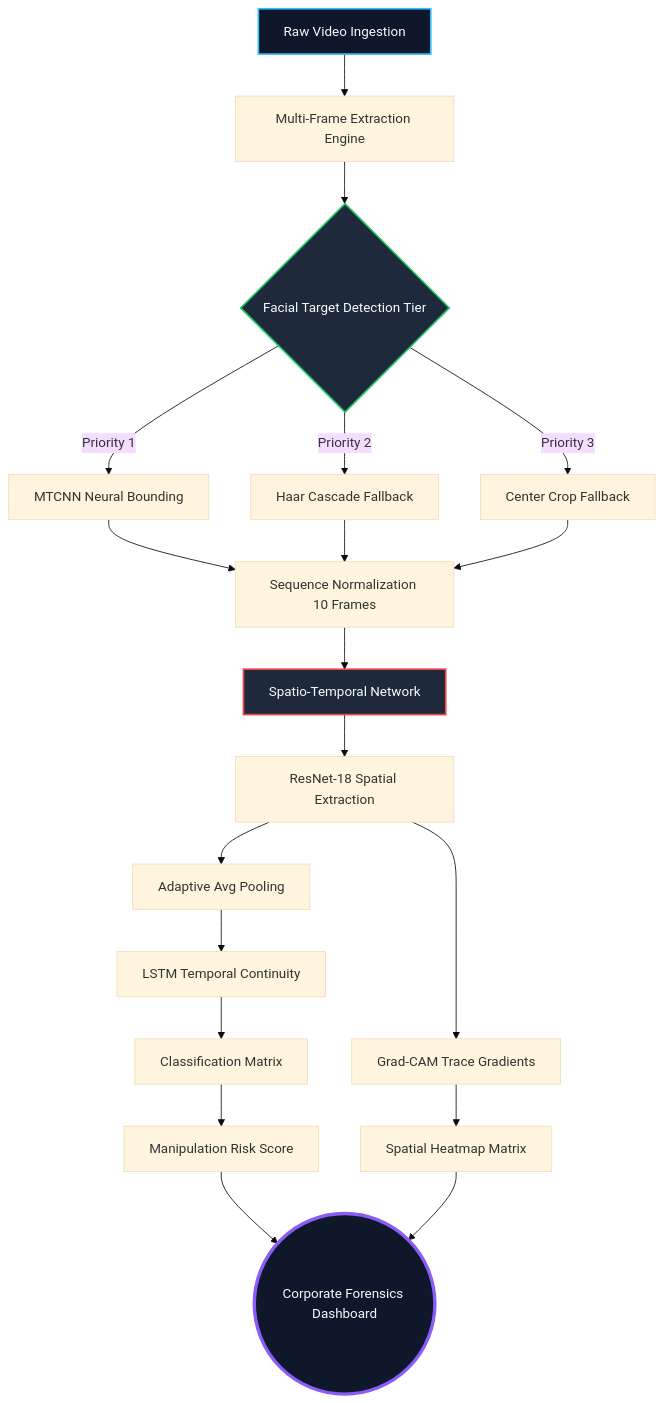
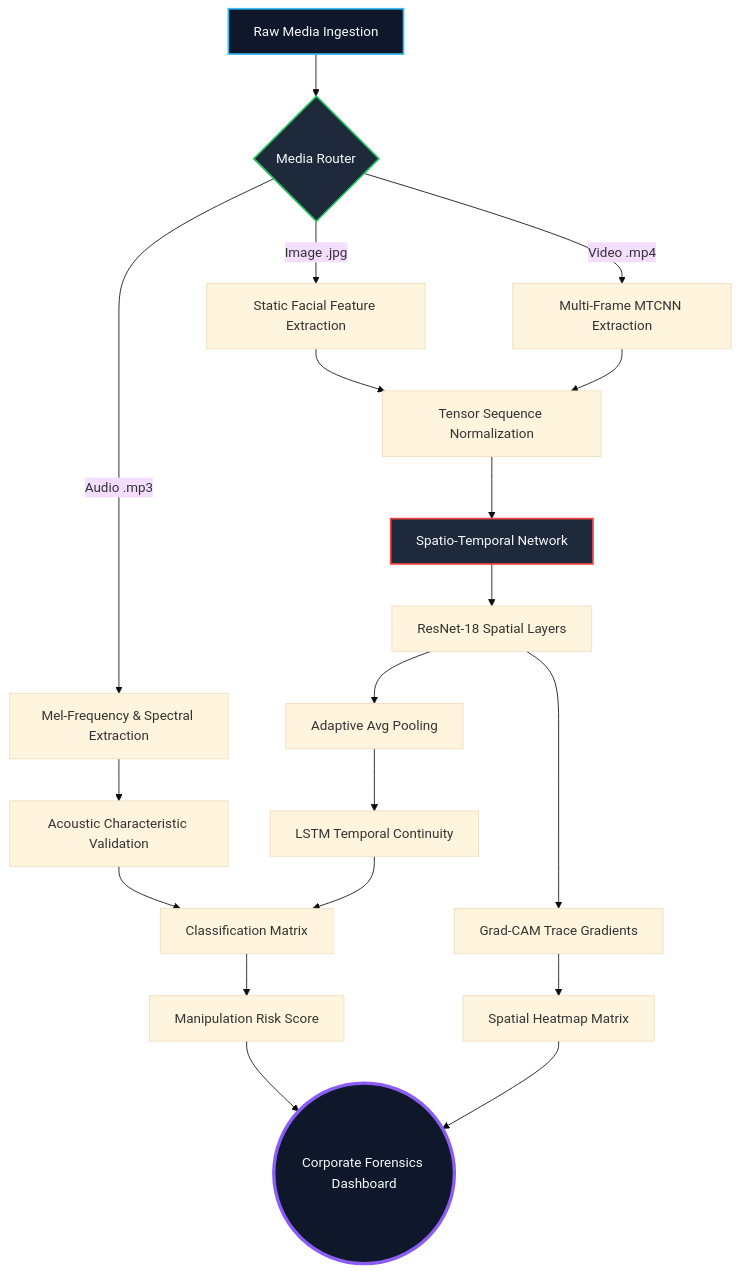
One commit to Kurupati-Stephen/Deepfake-videos-recognition-using-Spatio-Temporal-Deep-Learning-Techniques changed the diagram in Final_Project_Report.md. Above: the diagram before and after it, drawn with Mermaid (base theme). The commit also changed other lines of this file and 1 other file, not shown here.

Commit message:
docs: Update academic reports enforcing multimodal architecture and new threat assessment title

````diff
--- a/Final_Project_Report.md
+++ b/Final_Project_Report.md
@@ -32,32 +32,34 @@
 ```mermaid
 graph TD
-    A[Raw Video Ingestion] --> B[Multi-Frame Extraction Engine]
-    B --> C{Facial Target Detection Tier}
+    A[Raw Media Ingestion] --> B{Media Router}
     
-    C -->|Priority 1| D[MTCNN Neural Bounding]
-    C -->|Priority 2| E[Haar Cascade Fallback]
-    C -->|Priority 3| F[Center Crop Fallback]
+    B -->|Audio .mp3| C[Mel-Frequency & Spectral Extraction]
+    C --> D[Acoustic Characteristic Validation]
     
-    D --> G[Sequence Normalization 10 Frames]
-    E --> G
-    F --> G
+    B -->|Image .jpg| E[Static Facial Feature Extraction]
+    E --> F[Tensor Sequence Normalization]
+    F --> G[Spatio-Temporal Network]
     
-    G --> H[Spatio-Temporal Network]
-    H --> I[ResNet-18 Spatial Extraction]
+    B -->|Video .mp4| H[Multi-Frame MTCNN Extraction]
+    H --> F
+    
+    G --> I[ResNet-18 Spatial Layers]
     I --> J[Adaptive Avg Pooling]
     J --> K[LSTM Temporal Continuity]
     
     K --> L[Classification Matrix]
+    D --> L
+    
     L --> M[Manipulation Risk Score]
     
     I --> N[Grad-CAM Trace Gradients]
     N --> O[Spatial Heatmap Matrix]
     
     M --> P((Corporate Forensics Dashboard))
     O --> P((Corporate Forensics Dashboard))
     
     style A fill:#0f172a,stroke:#38bdf8,stroke-width:2px,color:#f8fafc
-    style C fill:#1e293b,stroke:#22c55e,stroke-width:2px,color:#f8fafc
-    style H fill:#1e293b,stroke:#ef4444,stroke-width:2px,color:#f8fafc
+    style B fill:#1e293b,stroke:#22c55e,stroke-width:2px,color:#f8fafc
+    style G fill:#1e293b,stroke:#ef4444,stroke-width:2px,color:#f8fafc
     style P fill:#0f172a,stroke:#8b5cf6,stroke-width:4px,color:#f8fafc
 ```
````
